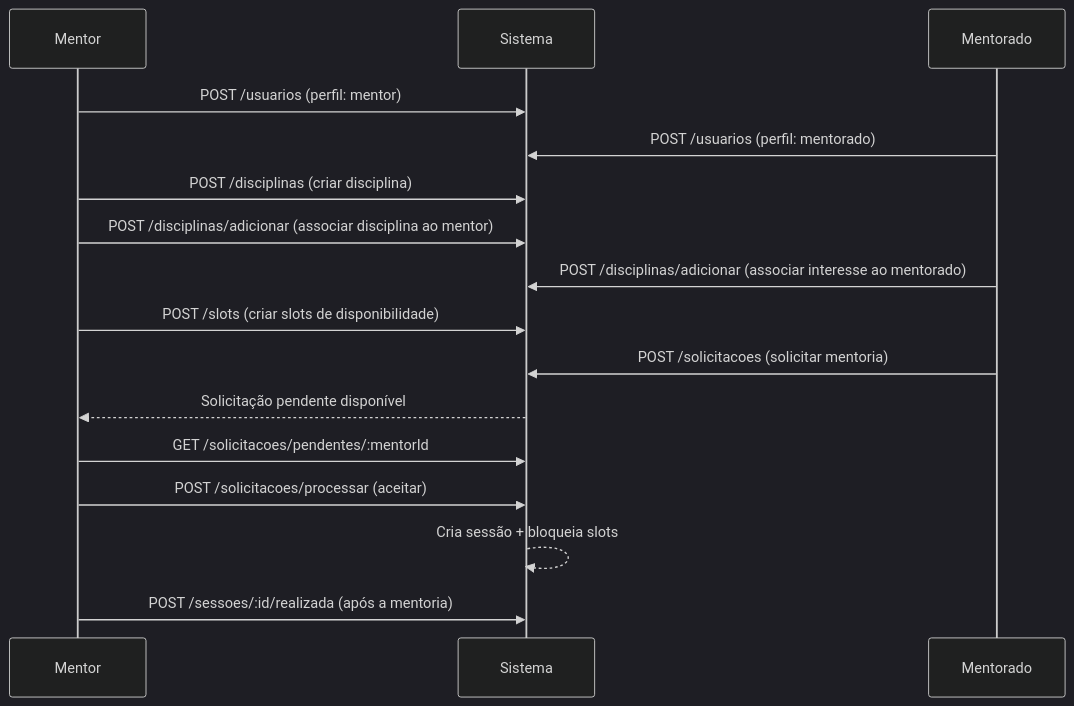
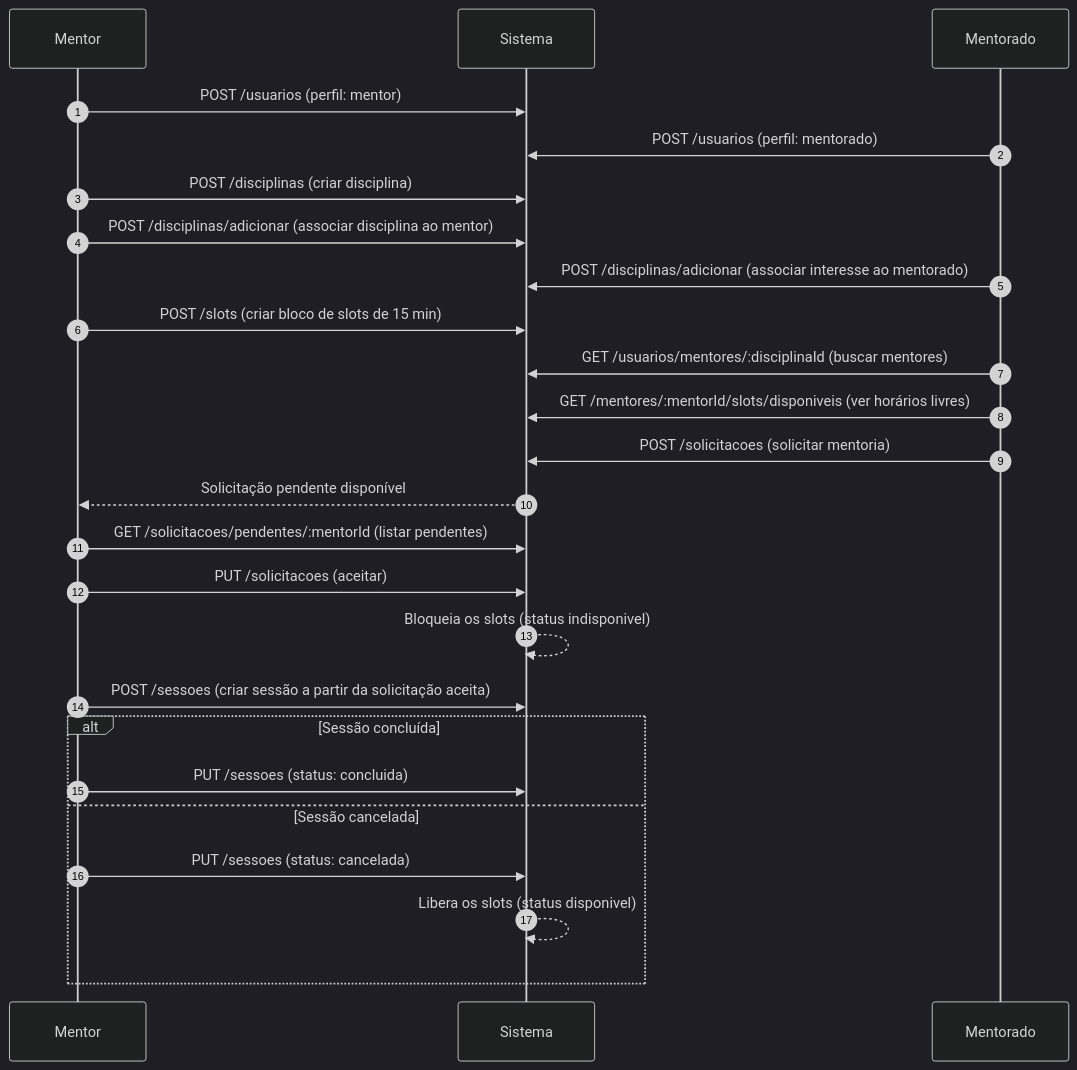
One commit to Desenvolvimento-Web-2026-1-ENG/MatchMentor changed the diagram in README.md. Above: the diagram before and after it, drawn with Mermaid (dark theme). The commit also changed other lines of this file and 4 other files, not shown here.

````diff
--- a/README.md
+++ b/README.md
@@ -537,19 +156,28 @@
 ```mermaid
 sequenceDiagram
+    autonumber
     participant M as Mentor
     participant S as Sistema
     participant A as Mentorado
 
     M->>S: POST /usuarios (perfil: mentor)
     A->>S: POST /usuarios (perfil: mentorado)
     M->>S: POST /disciplinas (criar disciplina)
     M->>S: POST /disciplinas/adicionar (associar disciplina ao mentor)
     A->>S: POST /disciplinas/adicionar (associar interesse ao mentorado)
-    M->>S: POST /slots (criar slots de disponibilidade)
+    M->>S: POST /slots (criar bloco de slots de 15 min)
+    A->>S: GET /usuarios/mentores/:disciplinaId (buscar mentores)
+    A->>S: GET /mentores/:mentorId/slots/disponiveis (ver horários livres)
     A->>S: POST /solicitacoes (solicitar mentoria)
     S-->>M: Solicitação pendente disponível
-    M->>S: GET /solicitacoes/pendentes/:mentorId
-    M->>S: POST /solicitacoes/processar (aceitar)
-    S-->>S: Cria sessão + bloqueia slots
-    M->>S: POST /sessoes/:id/realizada (após a mentoria)
+    M->>S: GET /solicitacoes/pendentes/:mentorId (listar pendentes)
+    M->>S: PUT /solicitacoes (aceitar)
+    S-->>S: Bloqueia os slots (status indisponivel)
+    M->>S: POST /sessoes (criar sessão a partir da solicitação aceita)
+    alt Sessão concluída
+        M->>S: PUT /sessoes (status: concluida)
+    else Sessão cancelada
+        M->>S: PUT /sessoes (status: cancelada)
+        S-->>S: Libera os slots (status disponivel)
+    end
 ```
````
